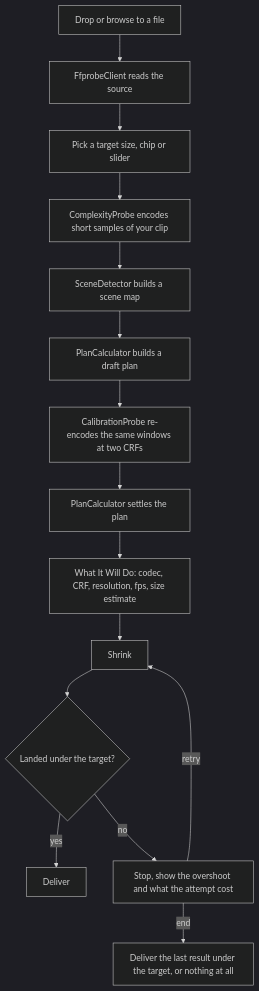
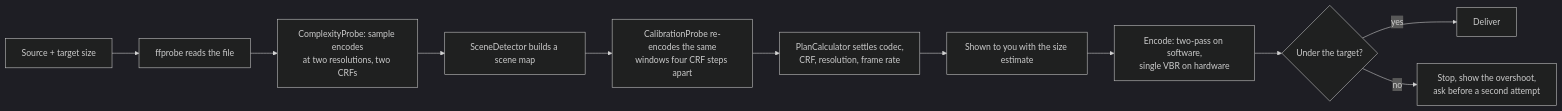
Before and after one commit to Teknesyum/VidShrink: the first of 2 diagrams in README.md, drawn with Mermaid (dark theme). The commit also changed other lines of this file and 118 other files, not shown here.

````diff
--- a/README.md
+++ b/README.md
@@ -139,17 +154,13 @@
 ```mermaid
-flowchart TD
-    A["Drop or browse to a file"] --> B["FfprobeClient reads the source"]
-    B --> C["Pick a target size, chip or slider"]
-    C --> D["ComplexityProbe encodes short samples of your clip"]
-    D --> E["SceneDetector builds a scene map"]
-    E --> F["PlanCalculator builds a draft plan"]
-    F --> G["CalibrationProbe re-encodes the same windows at two CRFs"]
-    G --> H["PlanCalculator settles the plan"]
-    H --> I["What It Will Do: codec, CRF, resolution, fps, size estimate"]
-    I --> J["Shrink"]
-    J --> K{"Landed under the target?"}
-    K -->|yes| L["Deliver"]
-    K -->|no| M["Stop, show the overshoot and what the attempt cost"]
-    M -->|retry| J
-    M -->|end| N["Deliver the last result under the target, or nothing at all"]
+flowchart LR
+    A["Source + target size"] --> B["ffprobe reads the file"]
+    B --> C["ComplexityProbe: sample encodes<br/>at two resolutions, two CRFs"]
+    C --> D["SceneDetector builds a scene map"]
+    D --> E["CalibrationProbe re-encodes the same<br/>windows four CRF steps apart"]
+    E --> F["PlanCalculator settles codec,<br/>CRF, resolution, frame rate"]
+    F --> G["Shown to you with the size estimate"]
+    G --> H["Encode: two-pass on software,<br/>single VBR on hardware"]
+    H --> I{"Under the target?"}
+    I -->|yes| J["Deliver"]
+    I -->|no| K["Stop, show the overshoot,<br/>ask before a second attempt"]
 ```
````
